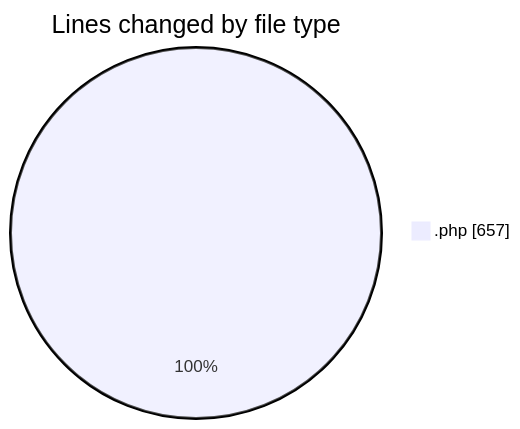
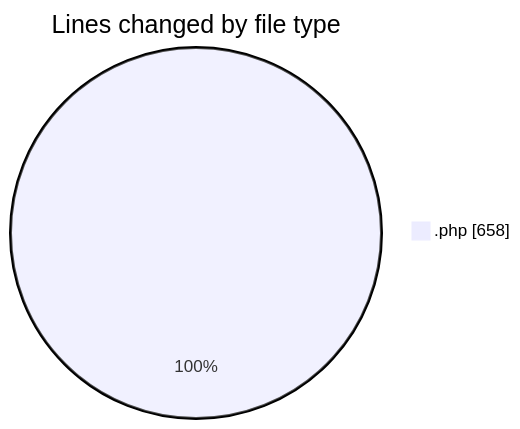
The first of 2 diagrams in 2026-08-06/untitled__workspace_/README.md (debugP/code-tracking), drawn with Mermaid before and after one commit. The commit also changed other lines of this file and 1 other file, not shown here.

````diff
--- a/2026-08-06/untitled__workspace_/README.md
+++ b/2026-08-06/untitled__workspace_/README.md
@@ -20,5 +20,5 @@
 ```mermaid
 pie showData
 title Lines changed by file type
-".php" : 657
+".php" : 658
 ```
````
